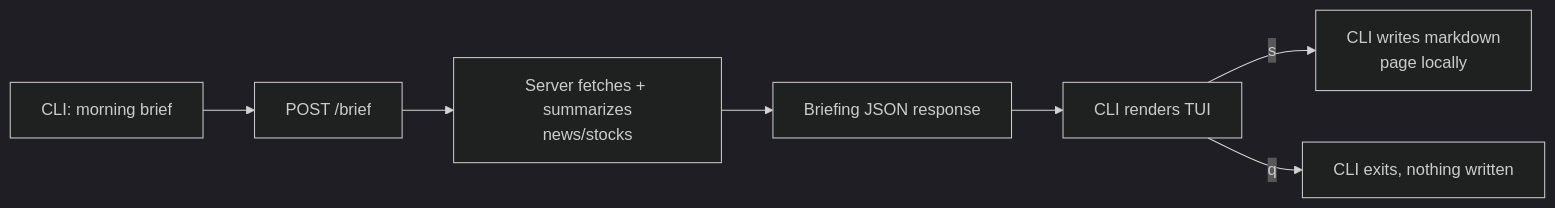
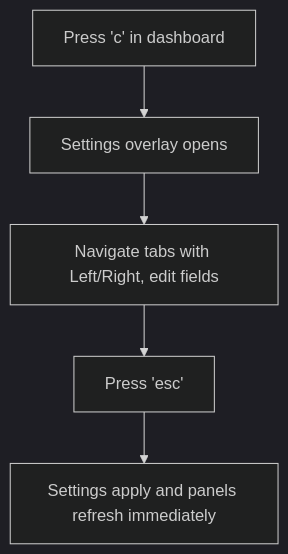
One commit to toucham/morning-brief changed the fifth of 5 diagrams in docs/PRODUCT.md. Above: the diagram before and after it, drawn with Mermaid (dark theme). The commit also changed other lines of this file and 16 other files, not shown here.

````diff
--- a/docs/PRODUCT.md
+++ b/docs/PRODUCT.md
@@ -480,9 +154,7 @@
 ```mermaid
-flowchart LR
-    A["CLI: morning brief"] --> B["POST /brief"]
-    B --> C[Server fetches + summarizes<br>news/stocks]
-    C --> D["Briefing JSON response"]
-    D --> E[CLI renders TUI]
-    E -->|"s"| F[CLI writes markdown<br>page locally]
-    E -->|"q"| G[CLI exits, nothing written]
+flowchart TD
+    A["Press 'c' in dashboard"] --> B["Settings overlay opens"]
+    B --> C["Navigate tabs with Left/Right, edit fields"]
+    C --> D["Press 'esc'"]
+    D --> E["Settings apply and panels refresh immediately"]
 ```
````
